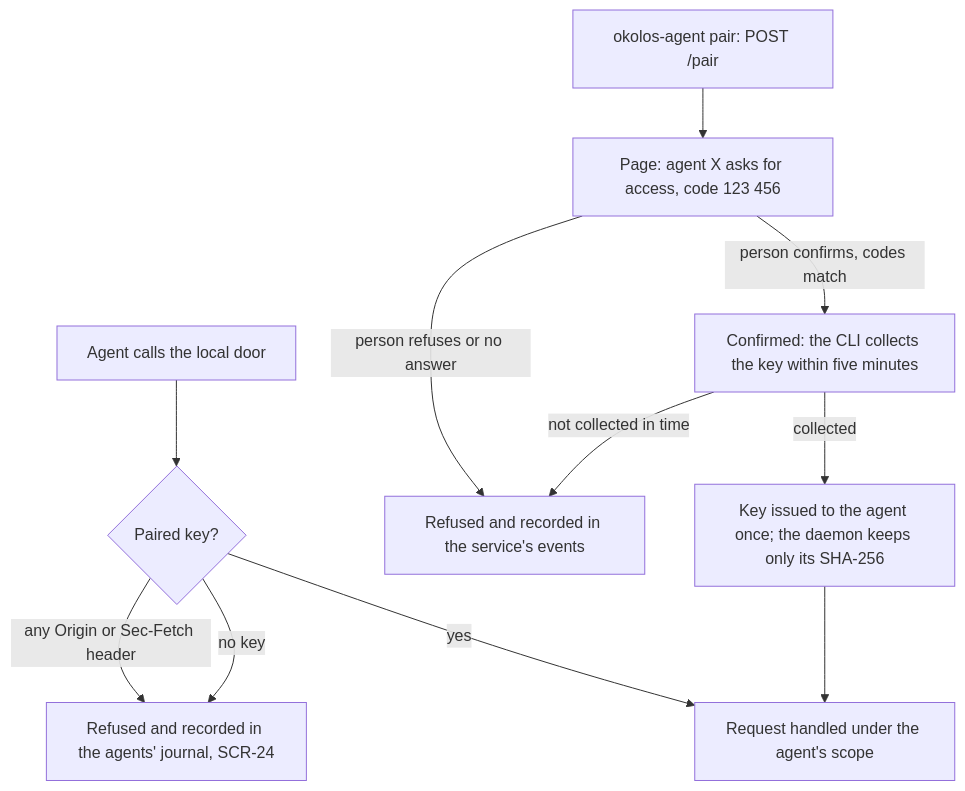
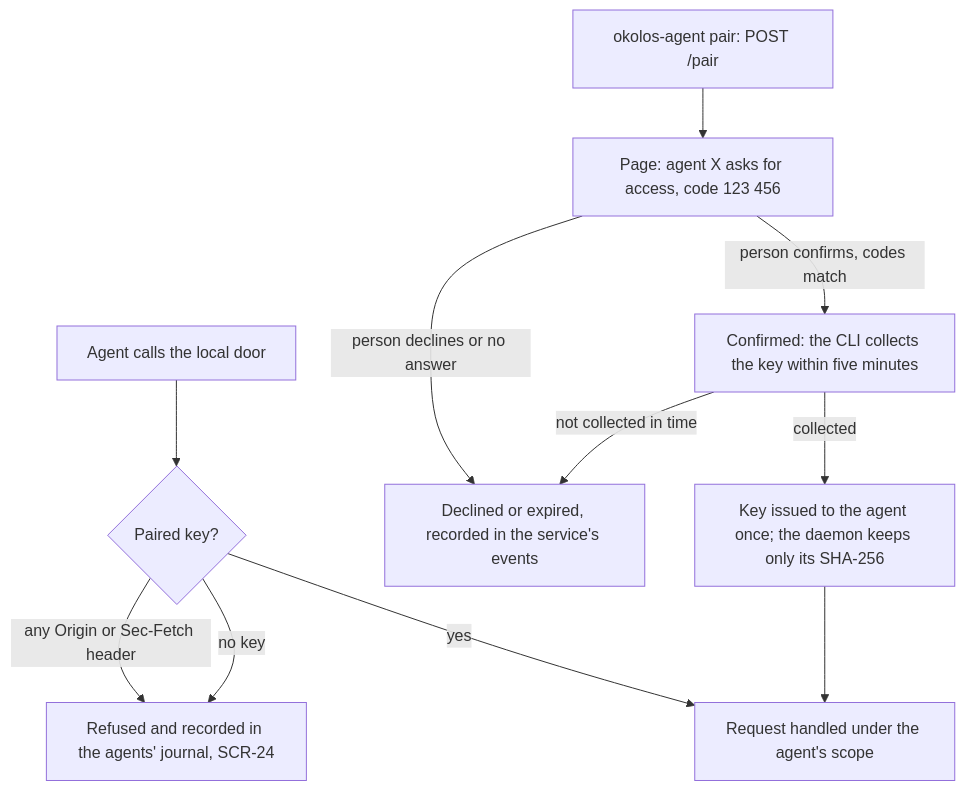
One commit to passioncode-ai/okolos changed diagram 21 of 23 in docs/ux/flows.md. Above: the diagram before and after it, drawn with Mermaid. The commit also changed 15 other files, not shown here.

````diff
--- a/docs/ux/flows.md
+++ b/docs/ux/flows.md
@@ -707,14 +707,14 @@
 ```mermaid
 flowchart TD
   A[Agent calls the local door] --> K{Paired key?}
   PR[okolos-agent pair: POST /pair] --> P
   K -->|yes| OK[Request handled under the agent's scope]
   K -->|no key| N[Refused and recorded in the agents' journal, SCR-24]
   P[Page: agent X asks for access, code 123 456]
   P -->|person confirms, codes match| C[Confirmed: the CLI collects the key within five minutes]
   C -->|collected| R[Key issued to the agent once; the daemon keeps only its SHA-256]
   C -->|not collected in time| NE
-  P -->|person refuses or no answer| NE[Refused and recorded in the service's events]
+  P -->|person declines or no answer| NE[Declined or expired, recorded in the service's events]
   R --> OK
   K -->|any Origin or Sec-Fetch header| N
 ```
````
